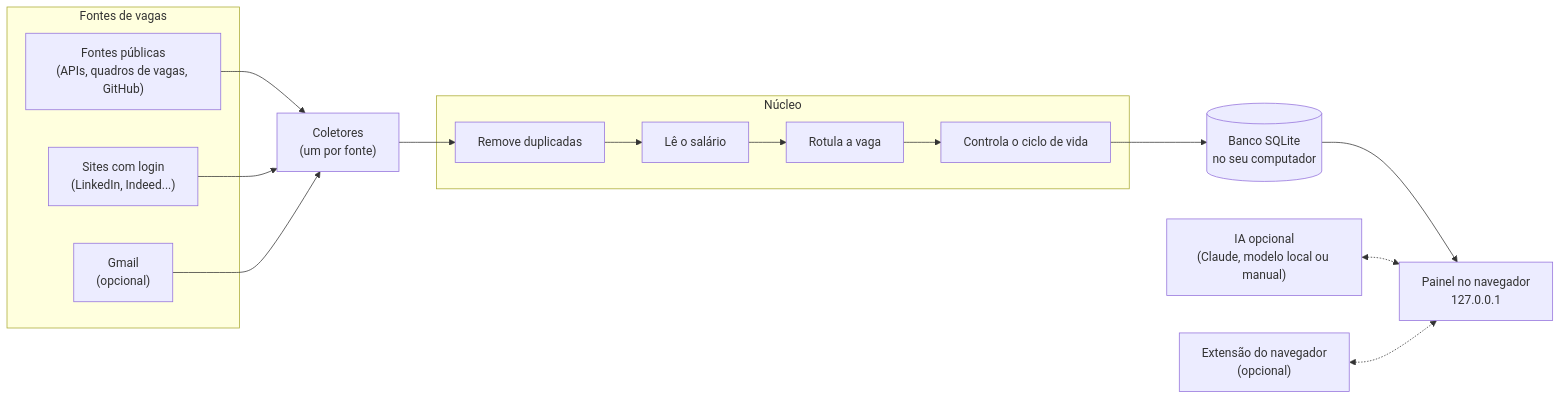
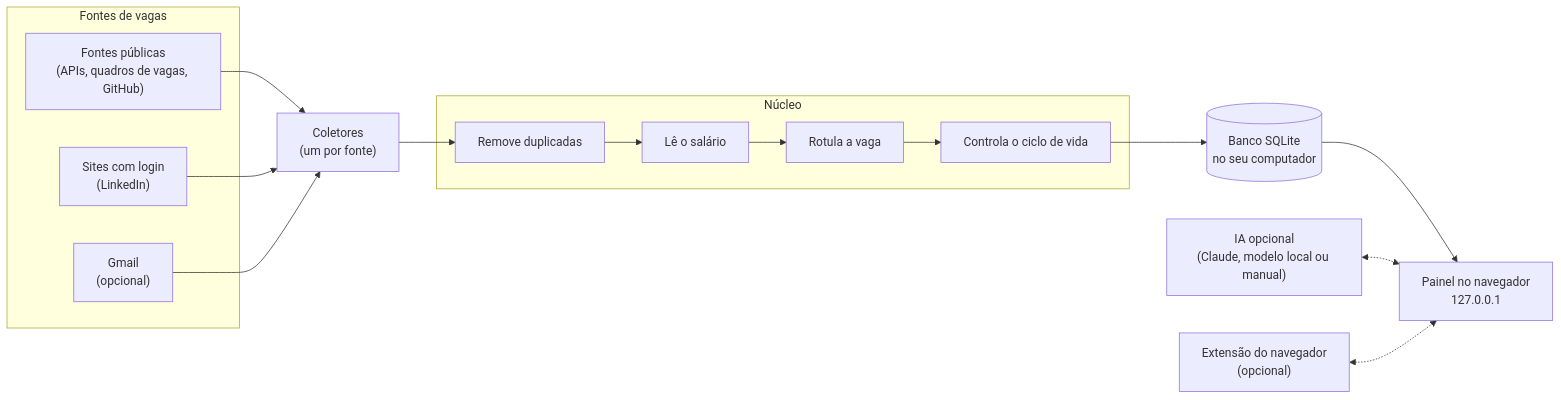
One commit to fezarosa-dev/joBot changed the diagram in README.md. Above: the diagram before and after it, drawn with Mermaid. The commit also changed other lines of this file and 5 other files, not shown here.

First line of the commit message:
docs(readme): alinha os sites com login ao plano atual

````diff
--- a/README.md
+++ b/README.md
@@ -112,30 +112,30 @@
 ```mermaid
 flowchart LR
     subgraph Fontes["Fontes de vagas"]
         P["Fontes públicas<br/>(APIs, quadros de vagas, GitHub)"]
-        L["Sites com login<br/>(LinkedIn, Indeed...)"]
+        L["Sites com login<br/>(LinkedIn)"]
         G["Gmail<br/>(opcional)"]
     end
 
     C["Coletores<br/>(um por fonte)"]
 
     subgraph Nucleo["Núcleo"]
         N1["Remove duplicadas"]
         N2["Lê o salário"]
         N3["Rotula a vaga"]
         N4["Controla o ciclo de vida"]
     end
 
     DB[("Banco SQLite<br/>no seu computador")]
     UI["Painel no navegador<br/>127.0.0.1"]
     IA["IA opcional<br/>(Claude, modelo local ou manual)"]
     EXT["Extensão do navegador<br/>(opcional)"]
 
     P --> C
     L --> C
     G --> C
     C --> N1 --> N2 --> N3 --> N4 --> DB
     DB --> UI
     IA <-.-> UI
     EXT <-.-> UI
 ```
````
